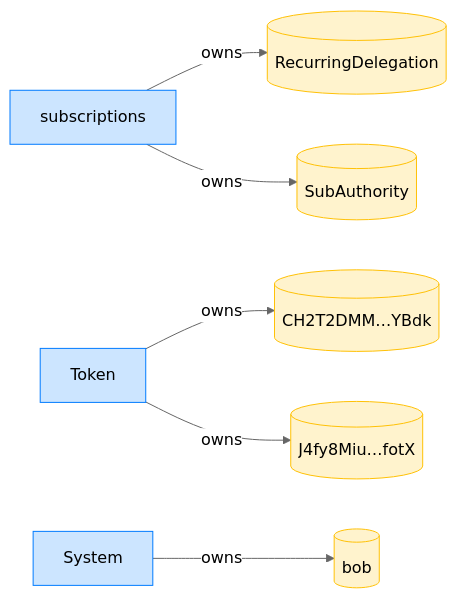
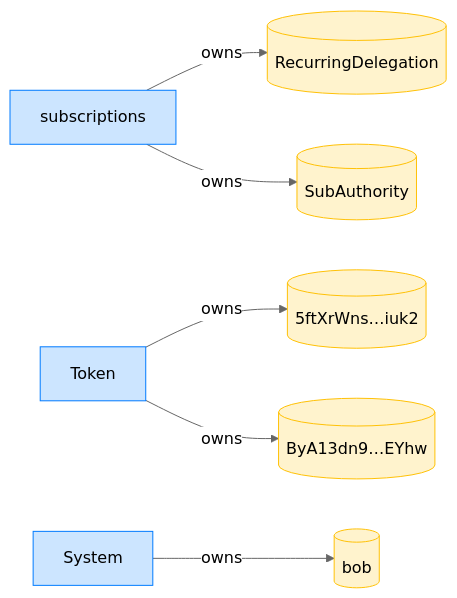
One commit to cds-rs/subscriptions changed diagram 12 of 16 in dsl_tests/skipped-periods-do-not-accumulate-allowance.md. Above: the diagram before and after it, drawn with Mermaid (neutral theme). The commit also changed other lines of this file and 224 other files, not shown here.

````diff
--- a/dsl_tests/skipped-periods-do-not-accumulate-allowance.md
+++ b/dsl_tests/skipped-periods-do-not-accumulate-allowance.md
@@ -235,18 +249,18 @@
 ```mermaid
 flowchart LR
     classDef owner fill:#cce5ff,stroke:#007bff;
     classDef account fill:#fff3cd,stroke:#ffc107;
     subscriptions[subscriptions]:::owner
     RecurringDelegation[(RecurringDelegation)]:::account
     SubAuthority[(SubAuthority)]:::account
     Token[Token]:::owner
-    CH2T2DMM_YBdk[("CH2T2DMM…YBdk")]:::account
-    J4fy8Miu_fotX[("J4fy8Miu…fotX")]:::account
+    5ftXrWns_iuk2[("5ftXrWns…iuk2")]:::account
+    ByA13dn9_EYhw[("ByA13dn9…EYhw")]:::account
     System[System]:::owner
     bob[(bob)]:::account
     subscriptions -->|owns| RecurringDelegation
     subscriptions -->|owns| SubAuthority
-    Token -->|owns| CH2T2DMM_YBdk
-    Token -->|owns| J4fy8Miu_fotX
+    Token -->|owns| 5ftXrWns_iuk2
+    Token -->|owns| ByA13dn9_EYhw
     System -->|owns| bob
 ```
````
